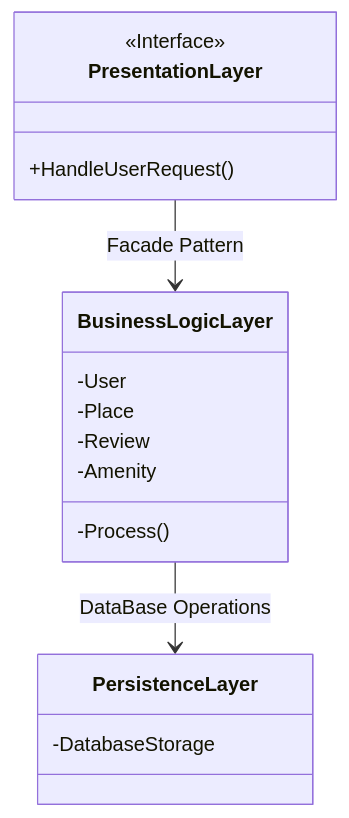
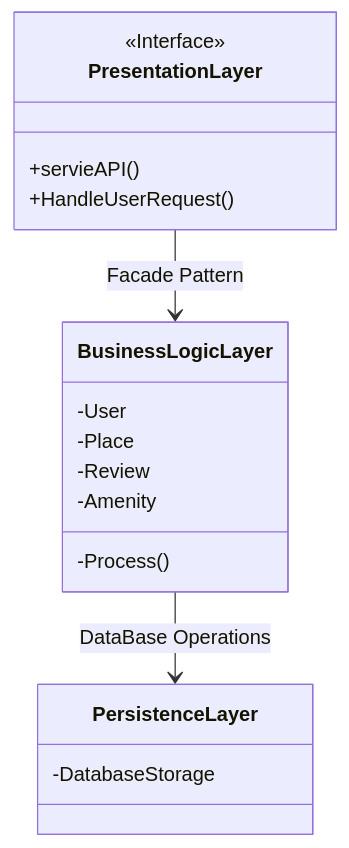
Before and after one commit to Basco64/HBNB_UML: the diagram in High-Level_Package_Diagram.md, drawn with Mermaid.

````diff
--- a/High-Level_Package_Diagram.md
+++ b/High-Level_Package_Diagram.md
@@ -1,21 +1,22 @@
 ```mermaid
 classDiagram
 
 class PresentationLayer {
     <<Interface>>
+    +servieAPI()
     +HandleUserRequest()
 }
 class BusinessLogicLayer {
     -User
     -Place
     -Review
     -Amenity
     -Process()
 }
 class PersistenceLayer {
     -DatabaseStorage
 }
 
 PresentationLayer --> BusinessLogicLayer : Facade Pattern
 BusinessLogicLayer --> PersistenceLayer : DataBase Operations
 ```
````
